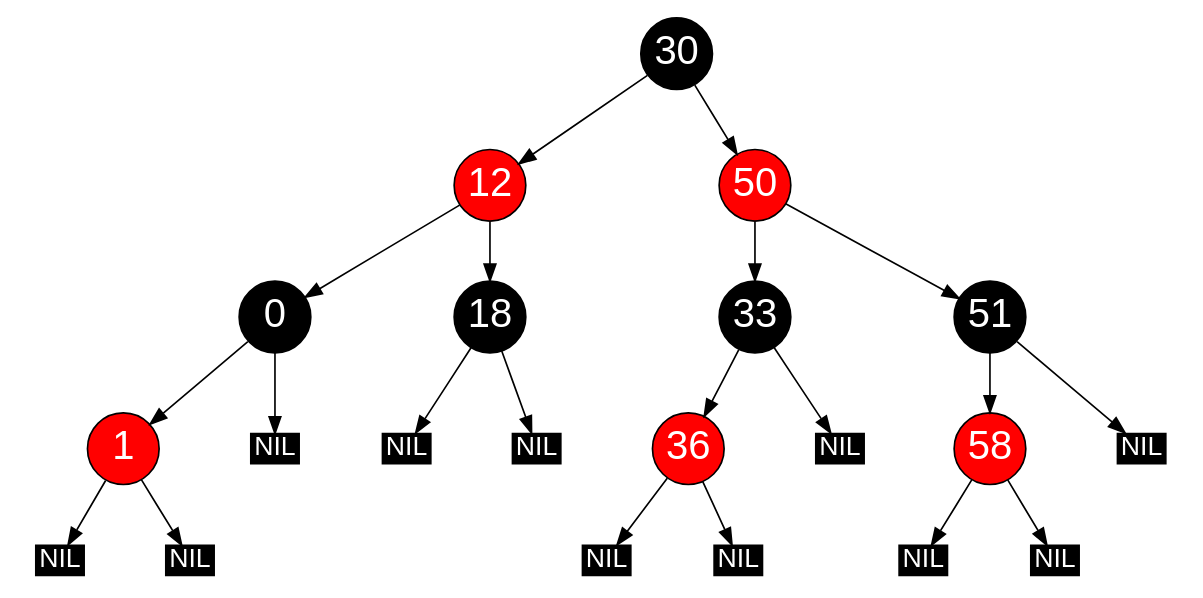
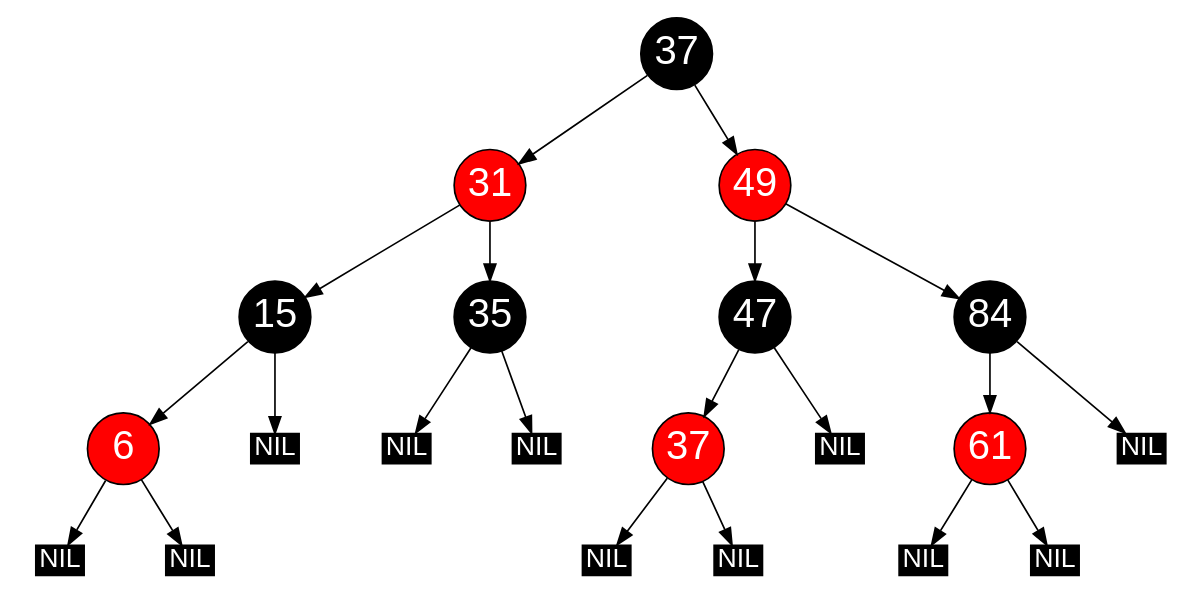
One commit to gbshschmlu/hs_fulda changed the diagram in wise2025/algorithmen_und_datenstrukturen/testat2/dot_output/tree_10.dot. Above: the diagram before and after it, drawn with Graphviz. The commit also changed 46 other files, not shown here.

```diff
--- a/wise2025/algorithmen_und_datenstrukturen/testat2/dot_output/tree_10.dot
+++ b/wise2025/algorithmen_und_datenstrukturen/testat2/dot_output/tree_10.dot
@@ -1,34 +1,50 @@
 // Red Black Tree
 digraph G {
 	graph [ratio=.48];
 	node [style=filled, color=black, shape=circle, width=.6
 		fontname=Helvetica, fontweight=bold, fontcolor=white,
 		fontsize=24, fixedsize=true];
 
-	12, 1, 50, 36, 58
-	[fillcolor=red];
+	n0 [label="37"];
+	n1 [label="31", fillcolor=red];
+	n2 [label="15"];
+	n3 [label="6", fillcolor=red];
+	nil0 [label="NIL", shape=record, width=.4, height=.25, fontsize=16];
+	nil1 [label="NIL", shape=record, width=.4, height=.25, fontsize=16];
+	nil2 [label="NIL", shape=record, width=.4, height=.25, fontsize=16];
+	n4 [label="35"];
+	nil3 [label="NIL", shape=record, width=.4, height=.25, fontsize=16];
+	nil4 [label="NIL", shape=record, width=.4, height=.25, fontsize=16];
+	n5 [label="49", fillcolor=red];
+	n6 [label="47"];
+	n7 [label="37", fillcolor=red];
+	nil5 [label="NIL", shape=record, width=.4, height=.25, fontsize=16];
+	nil6 [label="NIL", shape=record, width=.4, height=.25, fontsize=16];
+	nil7 [label="NIL", shape=record, width=.4, height=.25, fontsize=16];
+	n8 [label="84"];
+	n9 [label="61", fillcolor=red];
+	nil8 [label="NIL", shape=record, width=.4, height=.25, fontsize=16];
+	nil9 [label="NIL", shape=record, width=.4, height=.25, fontsize=16];
+	nil10 [label="NIL", shape=record, width=.4, height=.25, fontsize=16];
 
-	nil0, nil1, nil2, nil3, nil4, nil5, nil6, nil7, nil8, nil9, nil10
-	[label="NIL", shape=record, width=.4, height=.25, fontsize=16];
-
-	30 -> 12;
-	12 -> 0;
-	0 -> nil0;
-	0 -> 1;
-	1 -> nil1;
-	1 -> nil2;
-	12 -> 18;
-	18 -> nil3;
-	18 -> nil4;
-	30 -> 50;
-	50 -> 33;
-	33 -> nil5;
-	33 -> 36;
-	36 -> nil6;
-	36 -> nil7;
-	50 -> 51;
-	51 -> nil8;
-	51 -> 58;
-	58 -> nil9;
-	58 -> nil10;
+	n3 -> nil0;
+	n3 -> nil1;
+	n2 -> n3;
+	n2 -> nil2;
+	n1 -> n2;
+	n4 -> nil3;
+	n4 -> nil4;
+	n1 -> n4;
+	n0 -> n1;
+	n7 -> nil5;
+	n7 -> nil6;
+	n6 -> n7;
+	n6 -> nil7;
+	n5 -> n6;
+	n9 -> nil8;
+	n9 -> nil9;
+	n8 -> n9;
+	n8 -> nil10;
+	n5 -> n8;
+	n0 -> n5;
 }
```
